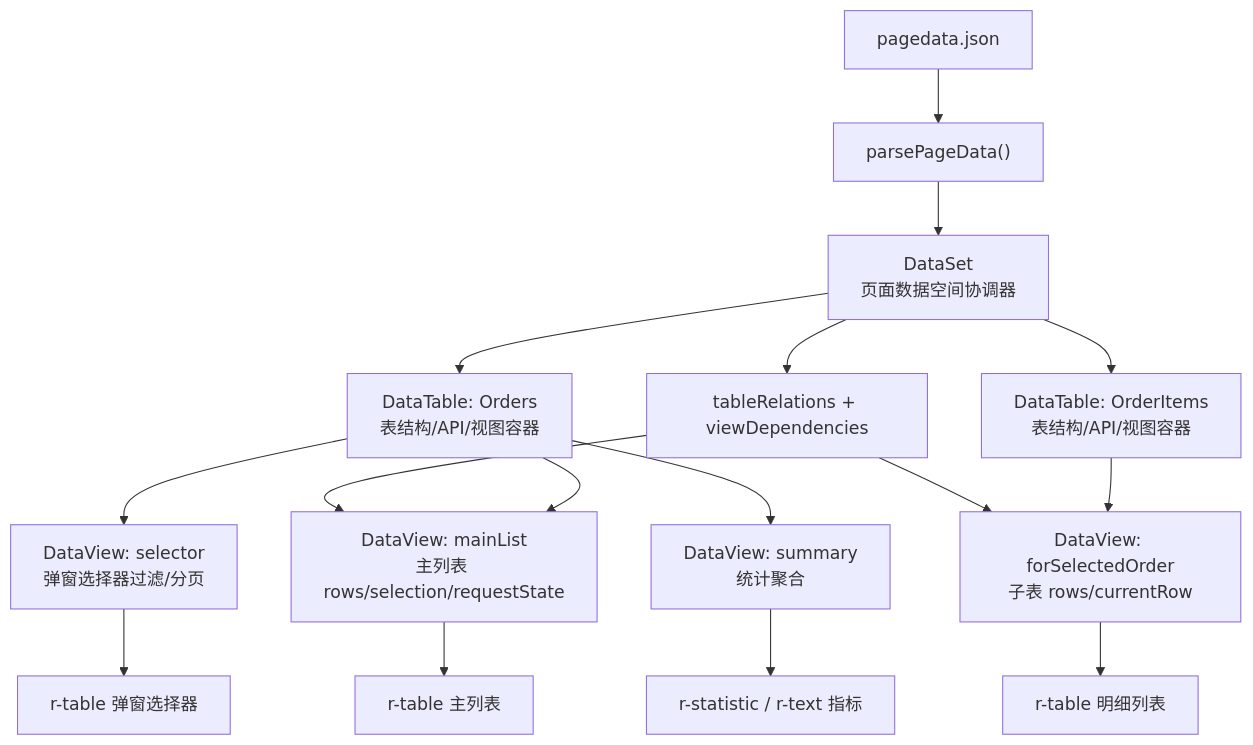
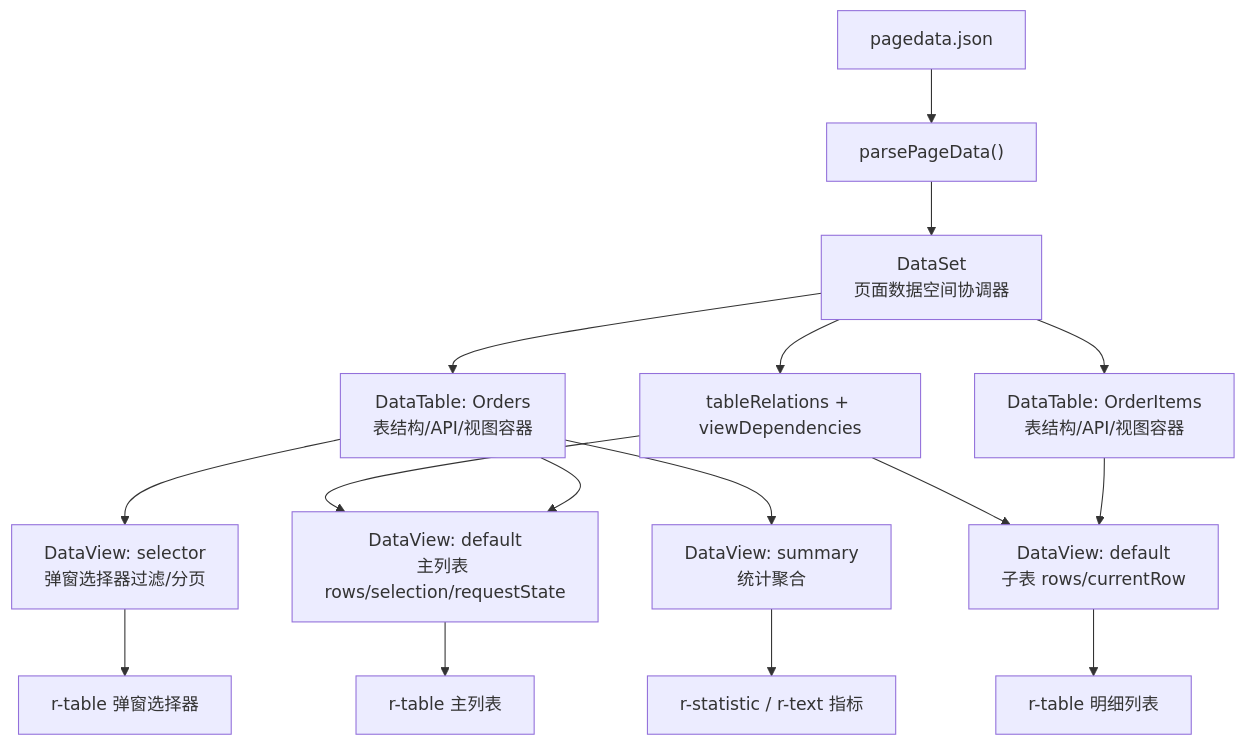
One commit to LMSpark/spark-view-vue changed the first of 5 diagrams in docs/ai/DATASET_PAGE_DESIGN_AI_FLOW_100_STEPS_ZH.md. Above: the diagram before and after it, drawn with Mermaid. The commit also changed other lines of this file and 4 other files, not shown here.

````diff
--- a/docs/ai/DATASET_PAGE_DESIGN_AI_FLOW_100_STEPS_ZH.md
+++ b/docs/ai/DATASET_PAGE_DESIGN_AI_FLOW_100_STEPS_ZH.md
@@ -48,18 +48,18 @@
 ```mermaid
 flowchart TB
   PageData["pagedata.json"] --> Parser["parsePageData()"]
   Parser --> DataSet["DataSet<br/>页面数据空间协调器"]
   DataSet --> TableA["DataTable: Orders<br/>表结构/API/视图容器"]
-  TableA --> ViewA1["DataView: mainList<br/>主列表 rows/selection/requestState"]
+  TableA --> ViewA1["DataView: default<br/>主列表 rows/selection/requestState"]
   TableA --> ViewA2["DataView: selector<br/>弹窗选择器过滤/分页"]
   TableA --> ViewA3["DataView: summary<br/>统计聚合"]
   DataSet --> TableB["DataTable: OrderItems<br/>表结构/API/视图容器"]
-  TableB --> ViewB1["DataView: forSelectedOrder<br/>子表 rows/currentRow"]
+  TableB --> ViewB1["DataView: default<br/>子表 rows/currentRow"]
   DataSet --> Relations["tableRelations + viewDependencies"]
   Relations --> ViewA1
   Relations --> ViewB1
   ViewA1 --> UI1["r-table 主列表"]
   ViewA2 --> UI2["r-table 弹窗选择器"]
   ViewA3 --> UI3["r-statistic / r-text 指标"]
   ViewB1 --> UI4["r-table 明细列表"]
 ```
````
